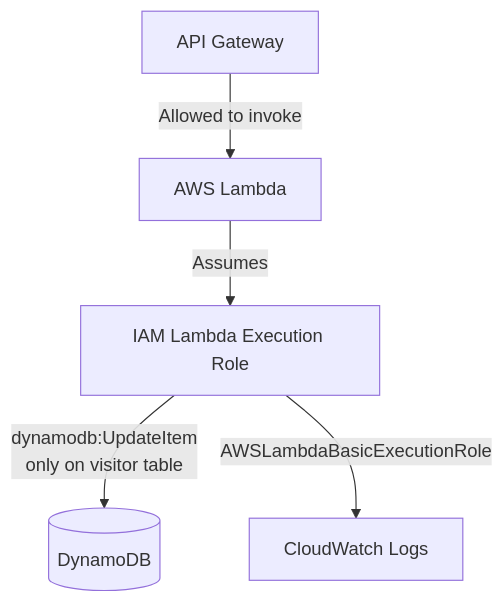
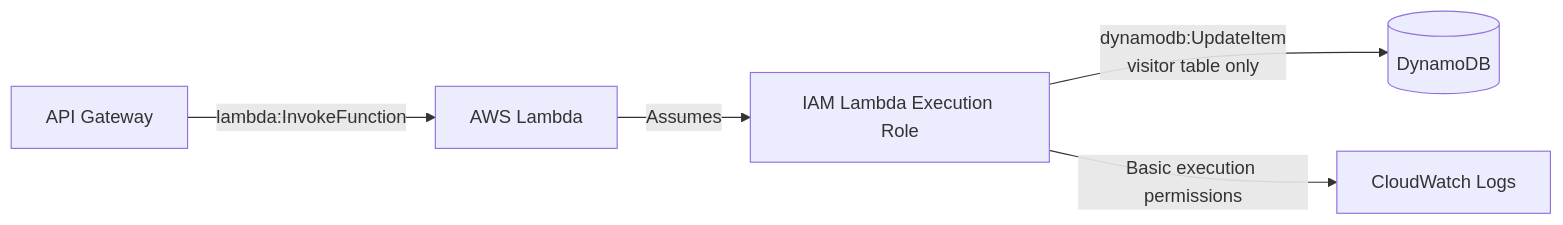
One commit to bilge26/cloud-resume-platform changed the third of 8 diagrams in docs/architecture.md. Above: the diagram before and after it, drawn with Mermaid. The commit also changed other lines of this file and 5 other files, not shown here.

````diff
--- a/docs/architecture.md
+++ b/docs/architecture.md
@@ -49,7 +76,9 @@
 ```mermaid
-flowchart TD
-    APIGW[API Gateway] -->|Allowed to invoke| Lambda[AWS Lambda]
+flowchart LR
+    APIGW[API Gateway] -->|lambda:InvokeFunction| Lambda[AWS Lambda]
+
     Lambda -->|Assumes| Role[IAM Lambda Execution Role]
-    Role -->|dynamodb:UpdateItem<br/>only on visitor table| DDB[(DynamoDB)]
-    Role -->|AWSLambdaBasicExecutionRole| CW[CloudWatch Logs]
+
+    Role -->|dynamodb:UpdateItem<br/>visitor table only| DDB[(DynamoDB)]
+    Role -->|Basic execution permissions| CW[CloudWatch Logs]
 ```
````
